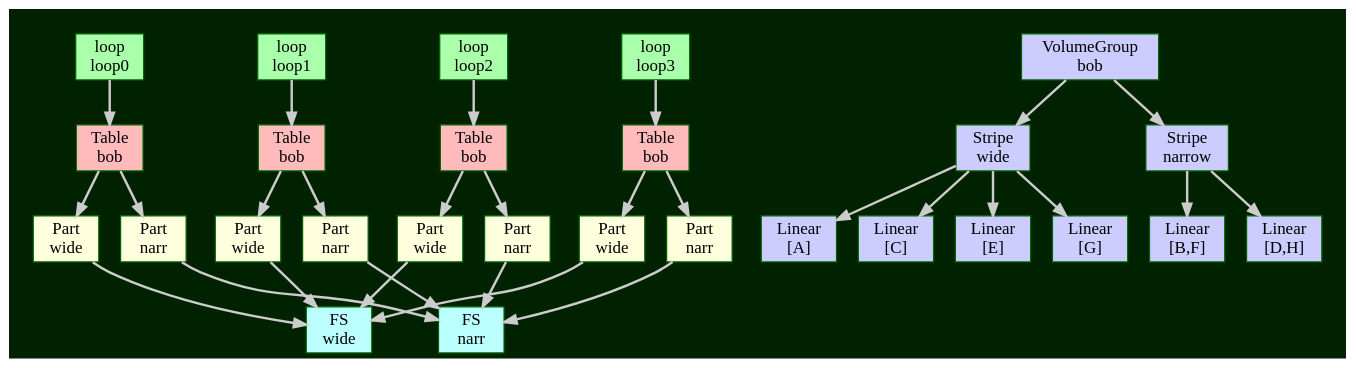
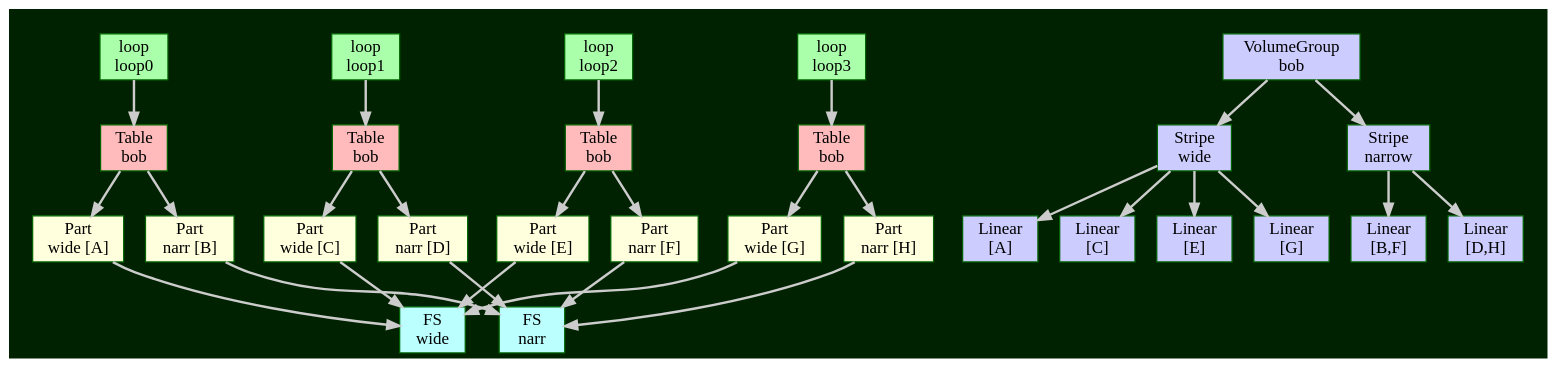
Before and after one commit to flatcap/dparted: the diagram in gfx/class5.gv, drawn with Graphviz.

Commit message:
annotate partitions

```diff
--- a/gfx/class5.gv
+++ b/gfx/class5.gv
@@ -1,95 +1,95 @@
 digraph G
 {
 	graph [ rankdir="TB" ];
 	node  [ shape=record, style=filled ];
 	edge  [ penwidth=2.0 ];
 
 	graph [ bgcolor="#002200", color=white ];
 	node  [ fillcolor="#bbbbbb", color=darkgreen ];
 	edge  [ color="#cccccc" ];
 
 	Loop0 [ label="loop\nloop0" fillcolor="#aaffaa" ];
 	Loop1 [ label="loop\nloop1" fillcolor="#aaffaa" ];
 	Loop2 [ label="loop\nloop2" fillcolor="#aaffaa" ];
 	Loop3 [ label="loop\nloop3" fillcolor="#aaffaa" ];
 
 	Table1 [ label="Table\nbob", fillcolor="#ffbbbb" ];
 	Table2 [ label="Table\nbob", fillcolor="#ffbbbb" ];
 	Table3 [ label="Table\nbob", fillcolor="#ffbbbb" ];
 	Table4 [ label="Table\nbob", fillcolor="#ffbbbb" ];
 
-	Part1 [ label="Part\nwide", fillcolor="#ffffdd" ];
-	Part2 [ label="Part\nnarr", fillcolor="#ffffdd" ];
-	Part3 [ label="Part\nwide", fillcolor="#ffffdd" ];
-	Part4 [ label="Part\nnarr", fillcolor="#ffffdd" ];
-	Part5 [ label="Part\nwide", fillcolor="#ffffdd" ];
-	Part6 [ label="Part\nnarr", fillcolor="#ffffdd" ];
-	Part7 [ label="Part\nwide", fillcolor="#ffffdd" ];
-	Part8 [ label="Part\nnarr", fillcolor="#ffffdd" ];
+	Part1 [ label="Part\nwide [A]", fillcolor="#ffffdd" ];
+	Part2 [ label="Part\nnarr [B]", fillcolor="#ffffdd" ];
+	Part3 [ label="Part\nwide [C]", fillcolor="#ffffdd" ];
+	Part4 [ label="Part\nnarr [D]", fillcolor="#ffffdd" ];
+	Part5 [ label="Part\nwide [E]", fillcolor="#ffffdd" ];
+	Part6 [ label="Part\nnarr [F]", fillcolor="#ffffdd" ];
+	Part7 [ label="Part\nwide [G]", fillcolor="#ffffdd" ];
+	Part8 [ label="Part\nnarr [H]", fillcolor="#ffffdd" ];
 
 	Fs1 [ label="FS\nwide", fillcolor="#bbffff" ];
 	Fs2 [ label="FS\nnarr", fillcolor="#bbffff" ];
 
 	subgraph cluster_1 {
 		color=none;
 		Loop0	-> Table1;
 		Table1	-> Part1;
 		Table1	-> Part2;
 	}
 
 	subgraph cluster_2 {
 		color=none;
 		Loop1	-> Table2;
 		Table2	-> Part3;
 		Table2	-> Part4;
 	}
 
 	subgraph cluster_3 {
 		color=none;
 		Loop2	-> Table3;
 		Table3	-> Part5;
 		Table3	-> Part6;
 	}
 
 	subgraph cluster_4 {
 		color=none;
 		Loop3	-> Table4;
 		Table4	-> Part7;
 		Table4	-> Part8;
 	}
 
 	Part1	-> Fs1;
 	Part2	-> Fs2;
 	Part3	-> Fs1;
 	Part4	-> Fs2;
 	Part5	-> Fs1;
 	Part6	-> Fs2;
 	Part7	-> Fs1;
 	Part8	-> Fs2;
 
 	subgraph cluster_5 {
 		color=none;
 
 		Group	[ label="VolumeGroup\nbob", fillcolor="#ccccff" ];
 		Volume1 [ label="Stripe\nwide" fillcolor="#ccccff" ];
 		Volume2 [ label="Stripe\nnarrow" fillcolor="#ccccff" ];
 
 		Linear1 [ label="Linear\n[A]" fillcolor="#ccccff" ];
 		Linear2 [ label="Linear\n[C]" fillcolor="#ccccff" ];
 		Linear3 [ label="Linear\n[E]" fillcolor="#ccccff" ];
 		Linear4 [ label="Linear\n[G]" fillcolor="#ccccff" ];
 		Linear5 [ label="Linear\n[B,F]" fillcolor="#ccccff" ];
 		Linear6 [ label="Linear\n[D,H]" fillcolor="#ccccff" ];
 
 		Group		-> Volume1;
 		Group		-> Volume2;
 
 		Volume1		-> Linear1;
 		Volume1		-> Linear2;
 		Volume1		-> Linear3;
 		Volume1		-> Linear4;
 
 		Volume2		-> Linear5;
 		Volume2		-> Linear6;
 	}
 }
```
